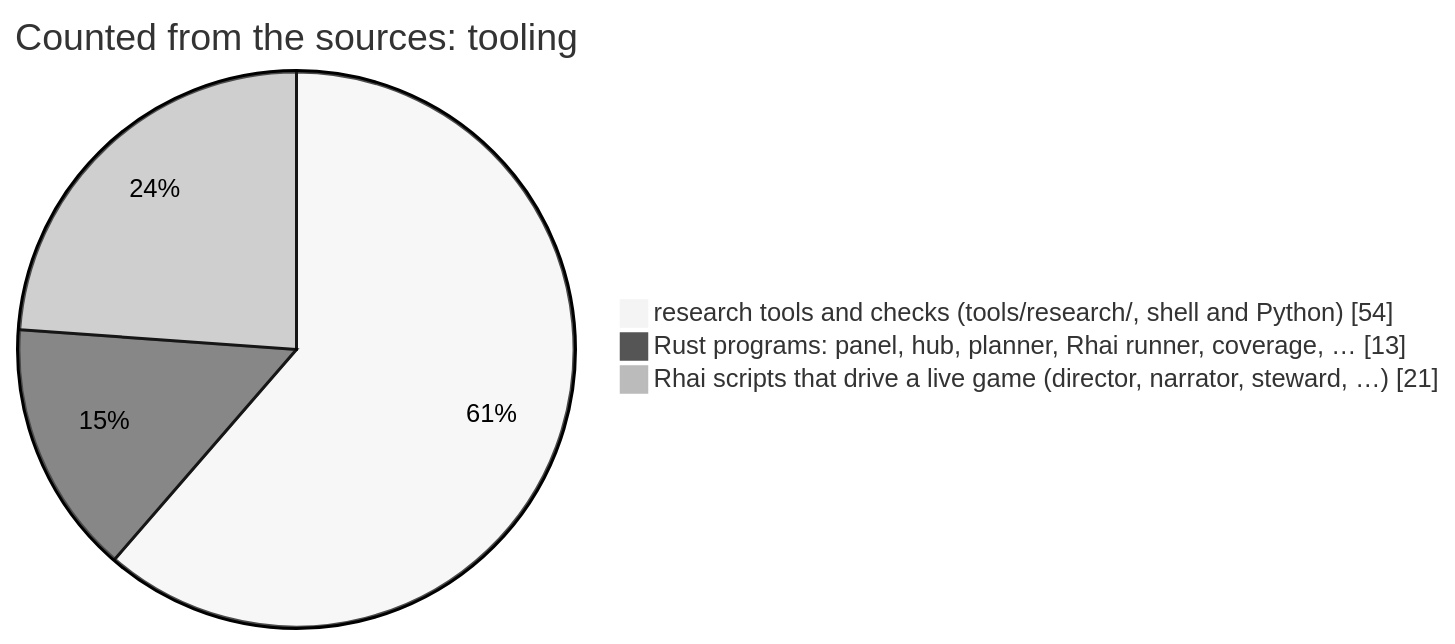
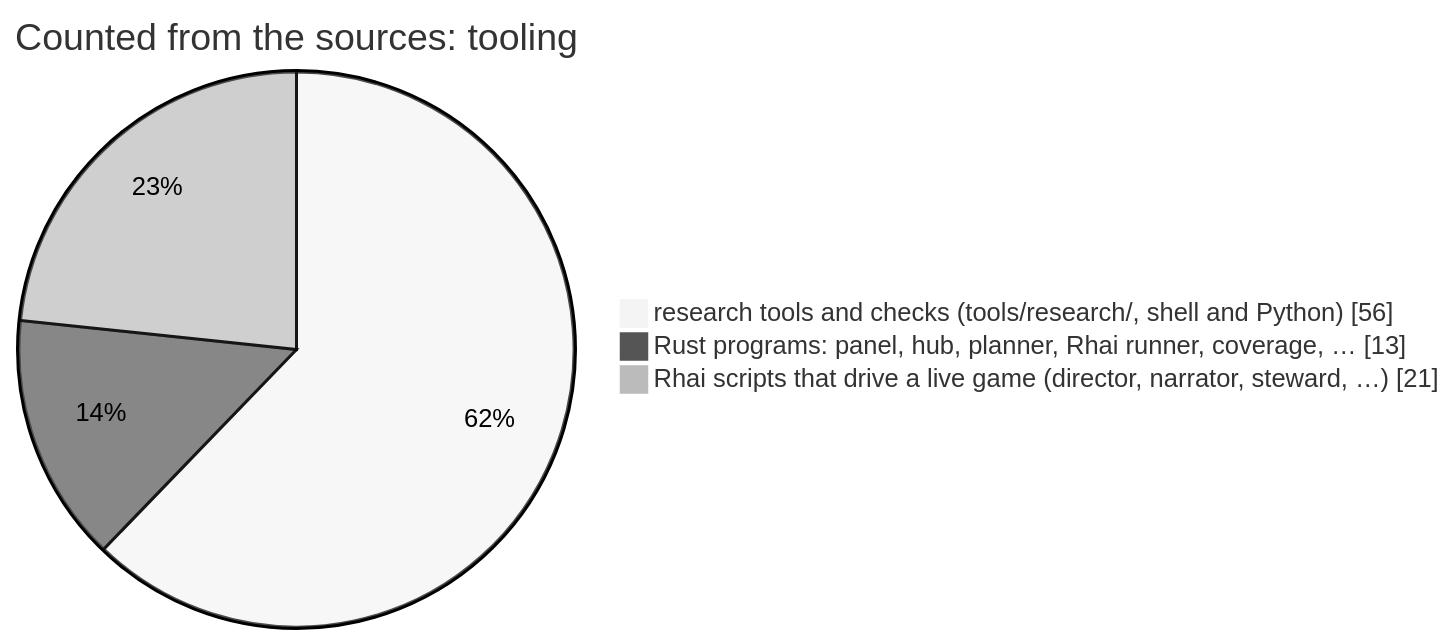
Before and after one commit to korczis/OpenTTD: the seventh of 12 diagrams in README.md, drawn with Mermaid (neutral theme). The commit also changed other lines of this file and 12 other files, not shown here.

````diff
--- a/README.md
+++ b/README.md
@@ -802,6 +802,6 @@
 ```mermaid
 pie showData title Counted from the sources: tooling
-    "research tools and checks (tools/research/, shell and Python)" : 54
+    "research tools and checks (tools/research/, shell and Python)" : 56
     "Rust programs: panel, hub, planner, Rhai runner, coverage, …" : 13
     "Rhai scripts that drive a live game (director, narrator, steward, …)" : 21
 ```
````
